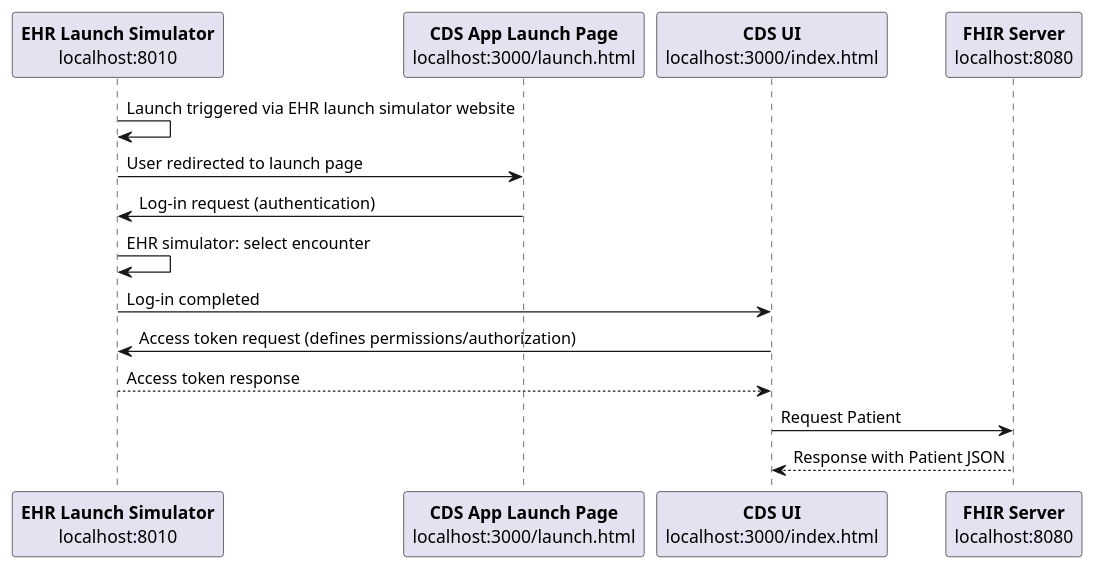
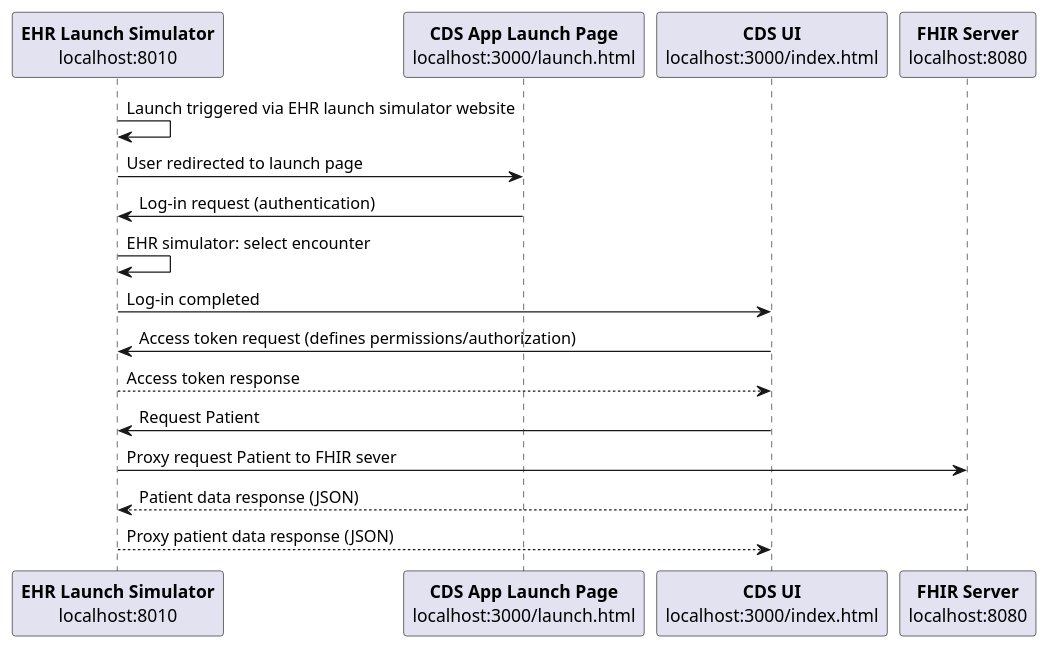
Before and after one commit to NIH-NEI/fhir-for-research-workshop: the diagram in slides/assets/smart_on_fhir.plantuml, drawn with PlantUML. The commit also changed 3 other files, not shown here.

```diff
--- a/slides/assets/smart_on_fhir.plantuml
+++ b/slides/assets/smart_on_fhir.plantuml
@@ -1,16 +1,18 @@
 @startuml
 participant "**EHR Launch Simulator**\nlocalhost:8010" as B
 participant "**CDS App Launch Page**\nlocalhost:3000/launch.html" as A
 participant "**CDS UI**\nlocalhost:3000/index.html" as C
 participant "**FHIR Server**\nlocalhost:8080" as D
 
 B -> B: Launch triggered via EHR launch simulator website
 B -> A: User redirected to launch page
 A -> B: Log-in request (authentication)
 B -> B: EHR simulator: select encounter
 B -> C: Log-in completed
 C -> B: Access token request (defines permissions/authorization)
 B --> C: Access token response
-C -> D: Request Patient
-D --> C: Response with Patient JSON
+C -> B: Request Patient
+B -> D: Proxy request Patient to FHIR sever
+D --> B: Patient data response (JSON)
+B --> C: Proxy patient data response (JSON)
 @enduml
```
